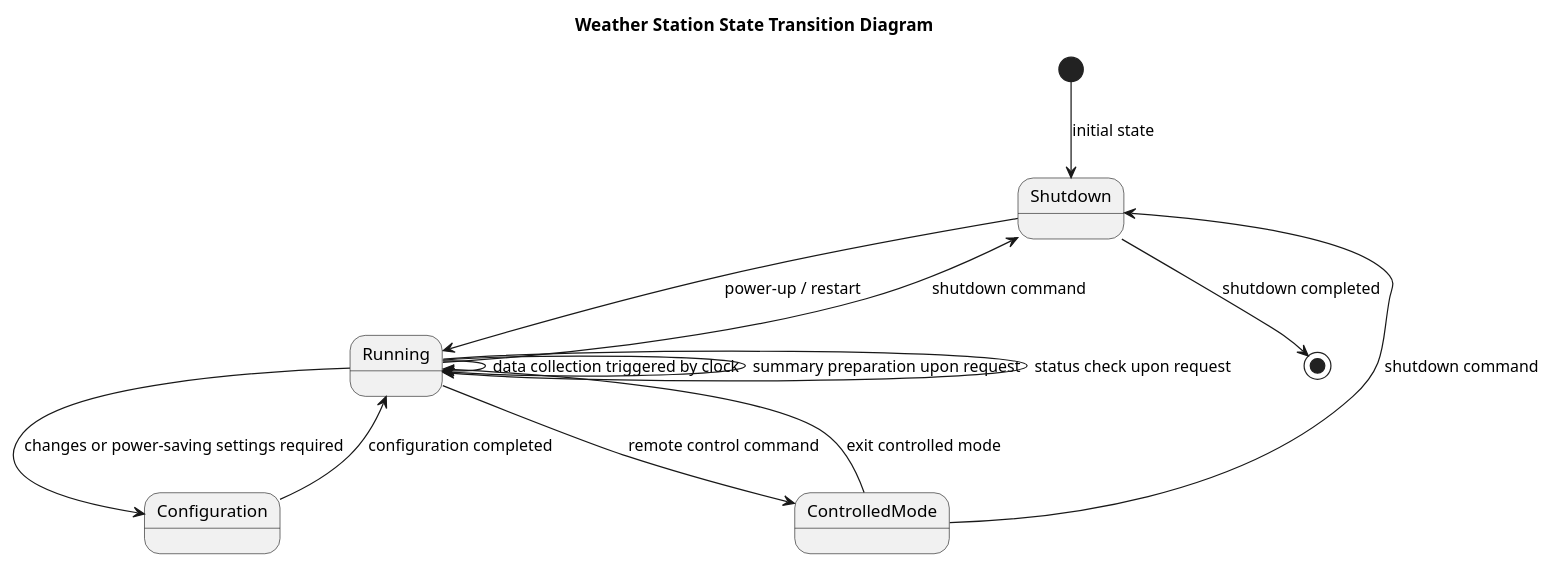
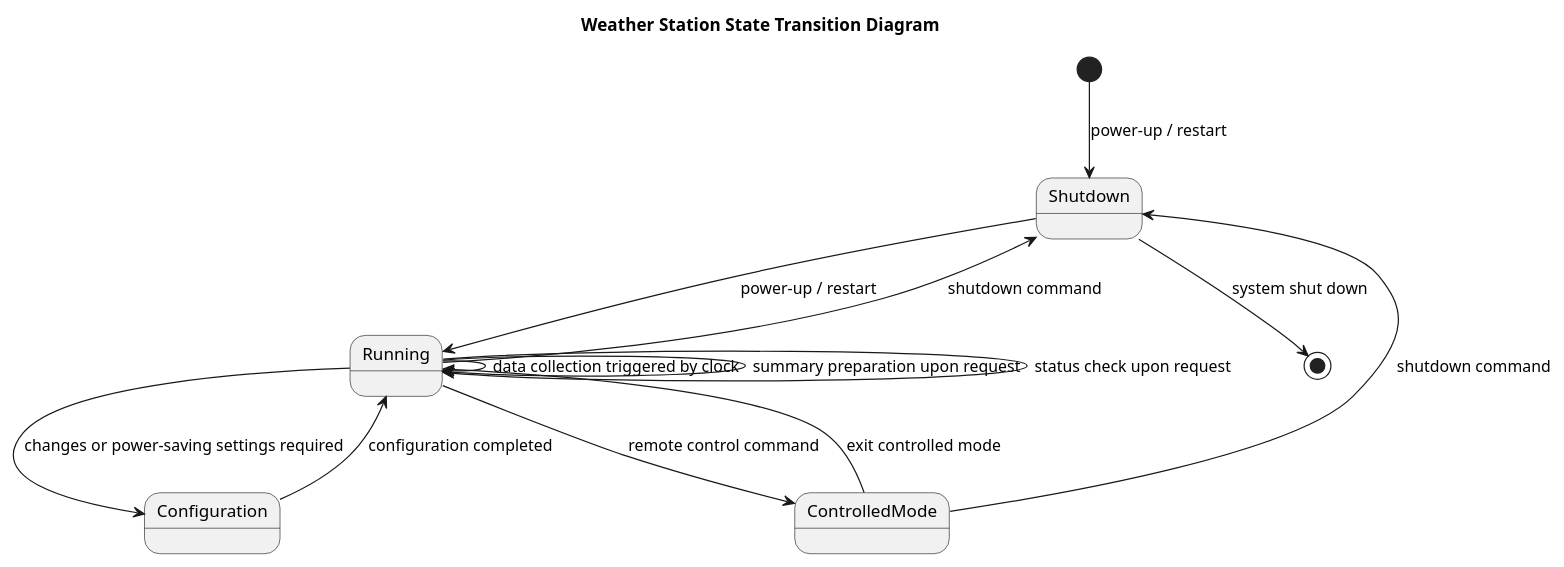
One commit to maimunafaria/State_transition_Diagram_generated_by_LLM changed the diagram in results/plantuml_pipeline/runs/open_source__deepseek_r1_14b__few_shot_validation_generator_critic_repair__syntax_grounded/case_54_weather_station_system/run_01.puml. Above: the diagram before and after it, drawn with PlantUML. The commit also changed 349 other files, not shown here.

```diff
--- a/results/plantuml_pipeline/runs/open_source__deepseek_r1_14b__few_shot_validation_generator_critic_repair__syntax_grounded/case_54_weather_station_system/run_01.puml
+++ b/results/plantuml_pipeline/runs/open_source__deepseek_r1_14b__few_shot_validation_generator_critic_repair__syntax_grounded/case_54_weather_station_system/run_01.puml
@@ -1,27 +1,26 @@
 @startuml
 title Weather Station State Transition Diagram
 
 state Shutdown
 state Running
 state Configuration
 state ControlledMode
 
-[*] --> Shutdown : initial state
+[*] --> Shutdown : power-up / restart
 
 Shutdown --> Running : power-up / restart
-
 Running --> Configuration : changes or power-saving settings required
 Running --> ControlledMode : remote control command
 Running --> Shutdown : shutdown command
 
 Configuration --> Running : configuration completed
 
 Running --> Running : data collection triggered by clock
 Running --> Running : summary preparation upon request
 Running --> Running : status check upon request
 
 ControlledMode --> Running : exit controlled mode
 ControlledMode --> Shutdown : shutdown command
 
-Shutdown --> [*] : shutdown completed
+Shutdown --> [*] : system shut down
 @enduml
```
